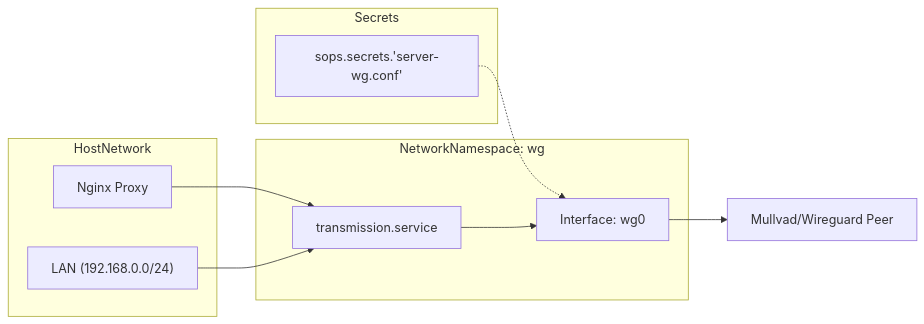
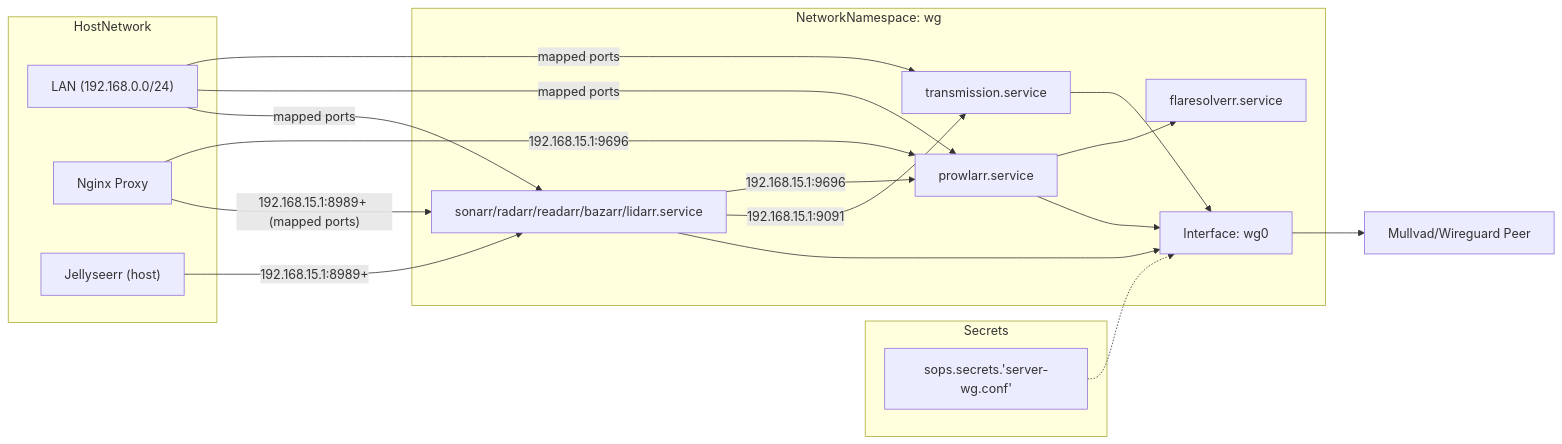
The second of 2 diagrams in docs/Networking-and-VPN.md (Cody-W-Tucker/nix-config), drawn with Mermaid before and after one commit. The commit also changed other lines of this file and 2 other files, not shown here.

First line of the commit message:
move Arr behind vpn

````diff
--- a/docs/Networking-and-VPN.md
+++ b/docs/Networking-and-VPN.md
@@ -101,20 +123,33 @@
 ```mermaid
 flowchart LR
     INTERNET["Mullvad/Wireguard Peer"]
     subgraph Secrets
         SOPS_WG["sops.secrets.'server-wg.conf'"]
     end
     subgraph subGraph1 ["NetworkNamespace: wg"]
         TRANS["transmission.service"]
+        PROWL["prowlarr.service"]
+        FLARE["flaresolverr.service"]
+        ARR["sonarr/radarr/readarr/bazarr/lidarr.service"]
         WG0["Interface: wg0"]
     end
     subgraph HostNetwork
         LAN["LAN (192.168.0.0/24)"]
         NGINX["Nginx Proxy"]
+        SEERR["Jellyseerr (host)"]
     end
     SOPS_WG -.-> WG0
-    NGINX --> TRANS
+    NGINX -->|"192.168.15.1:9696"| PROWL
+    NGINX -->|"192.168.15.1:8989+ (mapped ports)"| ARR
+    SEERR -->|"192.168.15.1:8989+"| ARR
+    ARR -->|"192.168.15.1:9696"| PROWL
+    ARR -->|"192.168.15.1:9091"| TRANS
+    PROWL --> FLARE
     TRANS --> WG0
+    PROWL --> WG0
+    ARR --> WG0
     WG0 --> INTERNET
-    LAN --> TRANS
+    LAN -->|"mapped ports"| TRANS
+    LAN -->|"mapped ports"| PROWL
+    LAN -->|"mapped ports"| ARR
 ```
````
